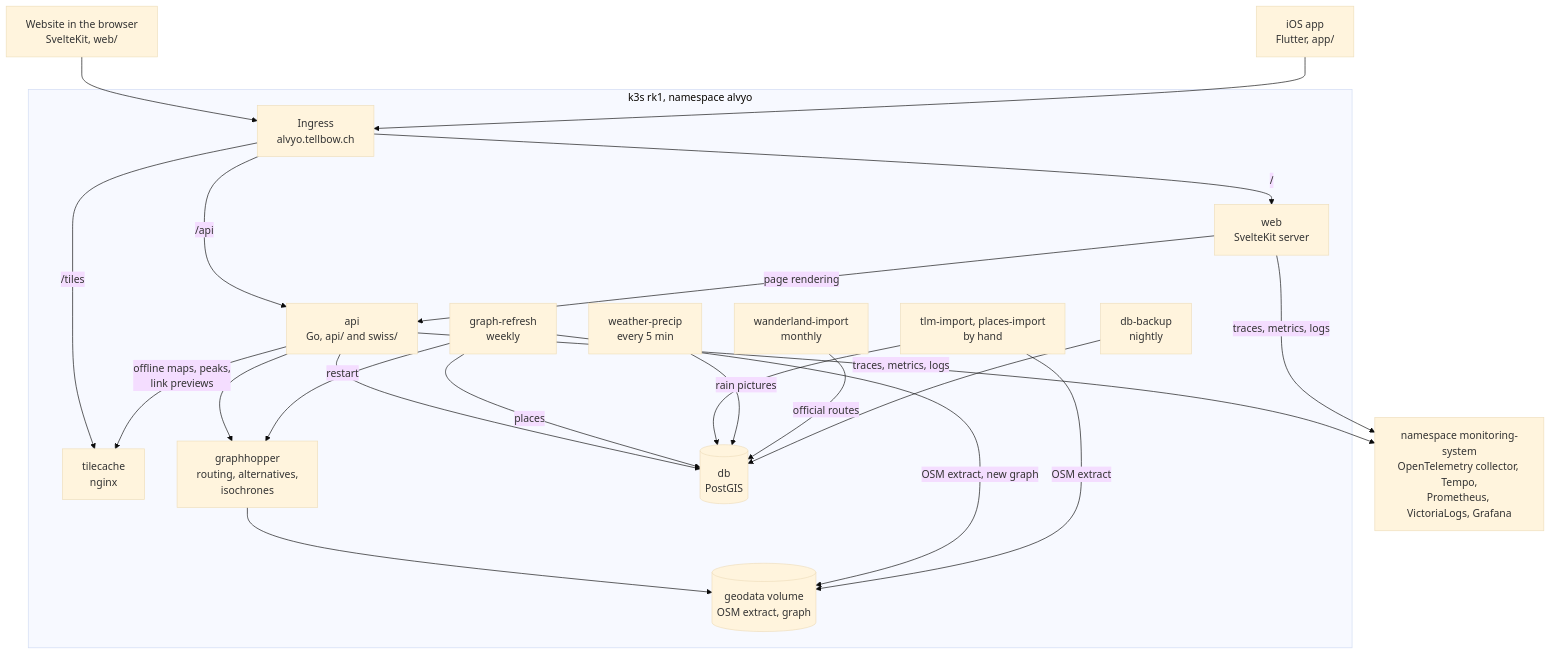
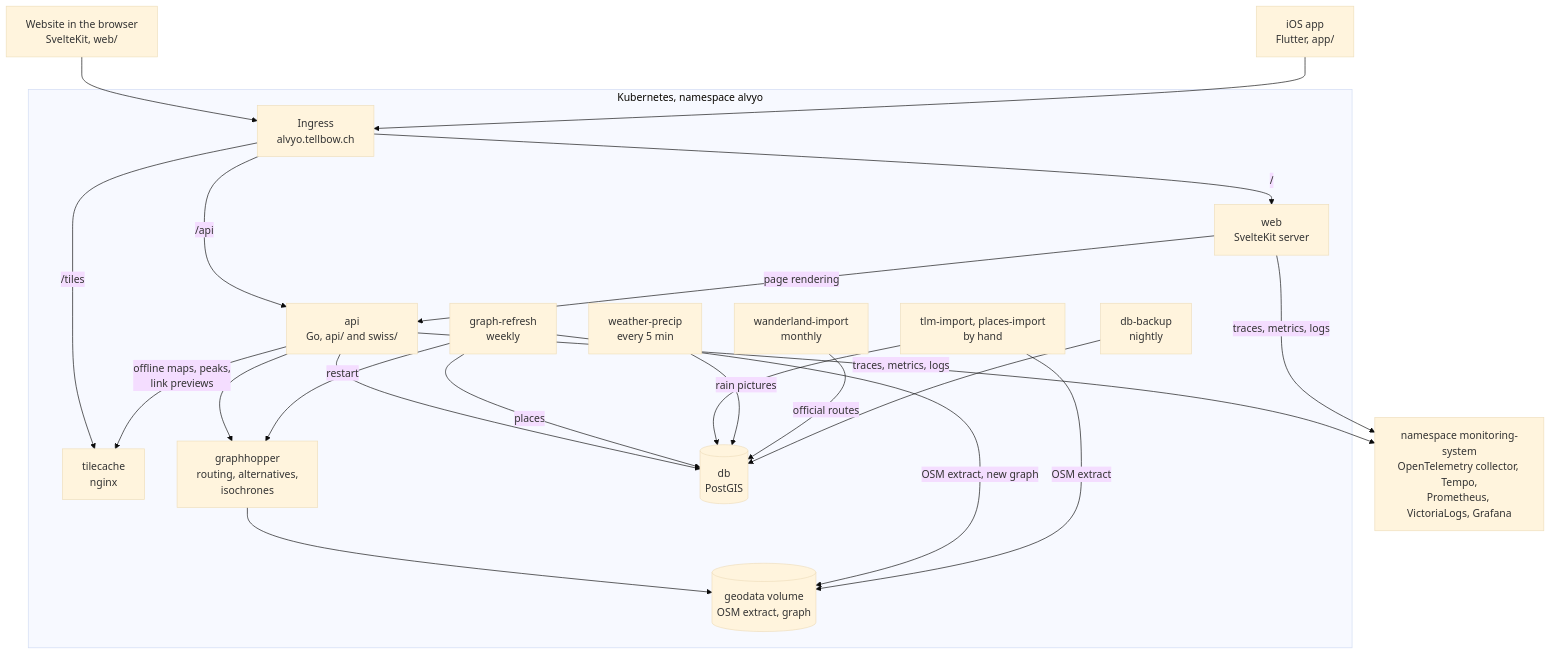
One commit to tellbow/alvyo changed the first of 3 diagrams in docs/architecture.md. Above: the diagram before and after it, drawn with Mermaid (base theme). The commit also changed other lines of this file and 11 other files, not shown here.

````diff
--- a/docs/architecture.md
+++ b/docs/architecture.md
@@ -17,44 +17,44 @@
 ```mermaid
 flowchart TB
   browser["Website in the browser<br/>SvelteKit, web/"]
   app["iOS app<br/>Flutter, app/"]
 
-  subgraph k3s["k3s rk1, namespace alvyo"]
+  subgraph cluster["Kubernetes, namespace alvyo"]
     ingress["Ingress<br/>alvyo.tellbow.ch"]
     web["web<br/>SvelteKit server"]
     api["api<br/>Go, api/ and swiss/"]
     tiles["tilecache<br/>nginx"]
     gh["graphhopper<br/>routing, alternatives,<br/>isochrones"]
     db[("db<br/>PostGIS")]
     geodata[("geodata volume<br/>OSM extract, graph")]
     backup["db-backup<br/>nightly"]
     refresh["graph-refresh<br/>weekly"]
     imports["tlm-import, places-import<br/>by hand"]
     wanderland["wanderland-import<br/>monthly"]
     precip["weather-precip<br/>every 5 min"]
   end
 
   monitoring["namespace monitoring-system<br/>OpenTelemetry collector, Tempo,<br/>Prometheus, VictoriaLogs, Grafana"]
 
   browser --> ingress
   app --> ingress
   ingress -- "/" --> web
   ingress -- "/api" --> api
   ingress -- "/tiles" --> tiles
   web -- "page rendering" --> api
 
   api --> db
   api --> gh
   api -- "offline maps, peaks,<br/>link previews" --> tiles
   gh --> geodata
   refresh -- "OSM extract, new graph" --> geodata
   refresh -- "restart" --> gh
   refresh -- "places" --> db
   imports -- "OSM extract" --> geodata
   imports --> db
   precip -- "rain pictures" --> db
   wanderland -- "official routes" --> db
   backup --> db
 
   api & web -- "traces, metrics, logs" --> monitoring
 ```
````
